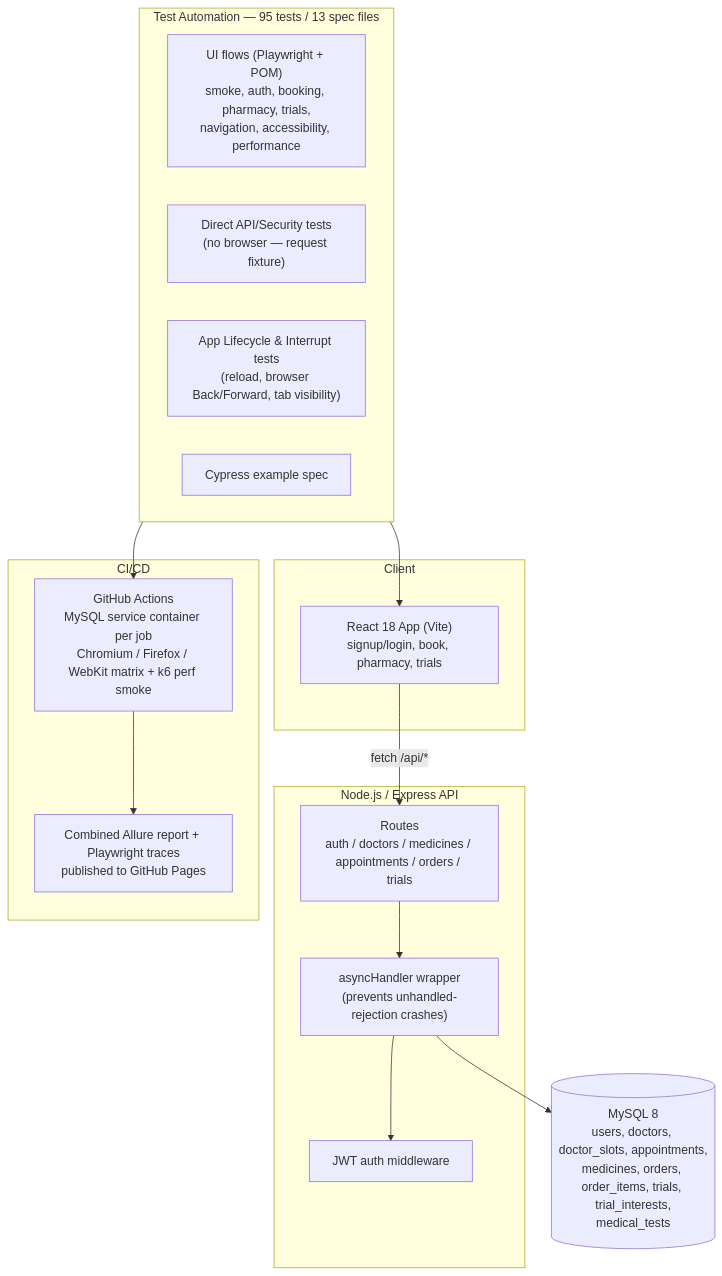
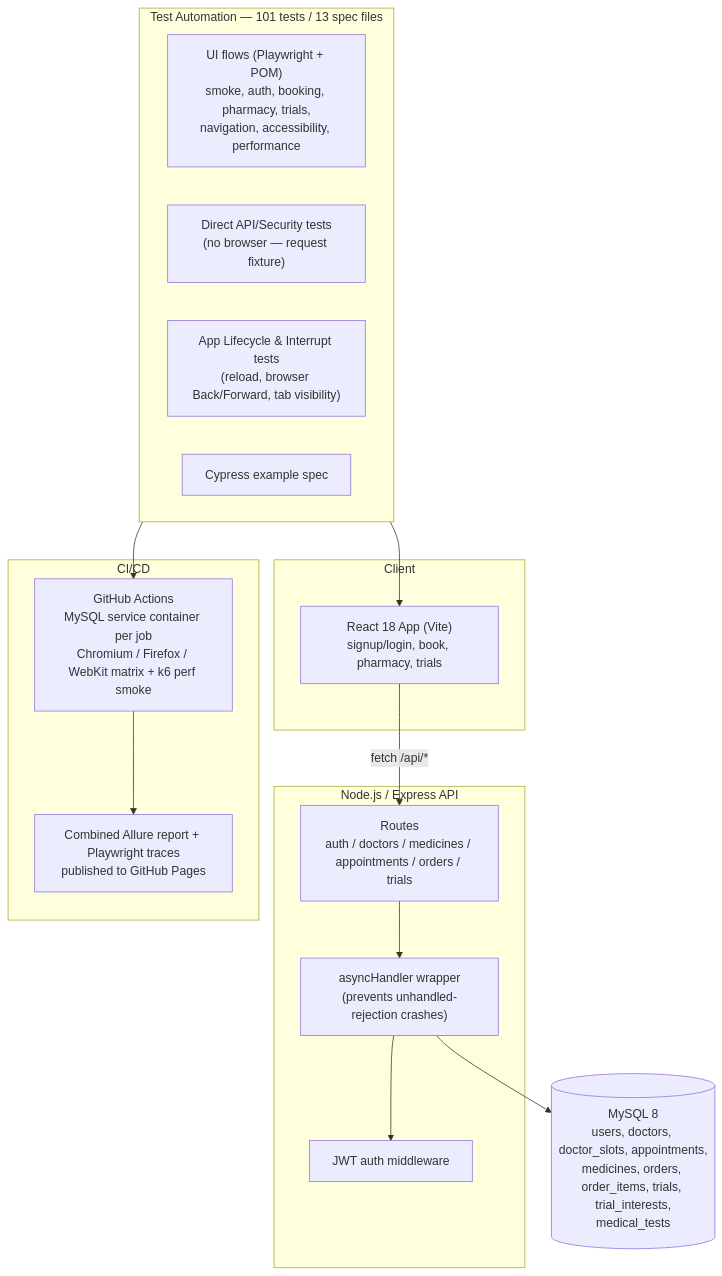
The diagram in README.md (REZAULKARIM2024/MeridianHealth-test-automation), drawn with Mermaid before and after one commit. The commit also changed other lines of this file and 2 other files, not shown here.

````diff
--- a/README.md
+++ b/README.md
@@ -79,35 +79,35 @@
 ```mermaid
 flowchart TB
     subgraph Client
         React["React 18 App (Vite)<br/>signup/login, book, pharmacy, trials"]
     end
 
     subgraph Backend["Node.js / Express API"]
         Routes["Routes<br/>auth / doctors / medicines / appointments / orders / trials"]
         AsyncHandler["asyncHandler wrapper<br/>(prevents unhandled-rejection crashes)"]
         Auth["JWT auth middleware"]
     end
 
     DB[("MySQL 8<br/>users, doctors, doctor_slots, appointments,<br/>medicines, orders, order_items, trials, trial_interests,<br/>medical_tests")]
 
     React -->|fetch /api/*| Routes
     Routes --> AsyncHandler
     AsyncHandler --> Auth
     AsyncHandler --> DB
 
-    subgraph Tests["Test Automation — 95 tests / 13 spec files"]
+    subgraph Tests["Test Automation — 101 tests / 13 spec files"]
         UI["UI flows (Playwright + POM)<br/>smoke, auth, booking, pharmacy, trials,<br/>navigation, accessibility, performance"]
         API["Direct API/Security tests<br/>(no browser — request fixture)"]
         Lifecycle["App Lifecycle & Interrupt tests<br/>(reload, browser Back/Forward, tab visibility)"]
         Cypress["Cypress example spec"]
     end
 
     subgraph Pipeline["CI/CD"]
         GHA["GitHub Actions<br/>MySQL service container per job<br/>Chromium / Firefox / WebKit matrix + k6 perf smoke"]
         AllureReport["Combined Allure report + Playwright traces<br/>published to GitHub Pages"]
     end
 
     Tests --> React
     Tests --> GHA
     GHA --> AllureReport
 ```
````
